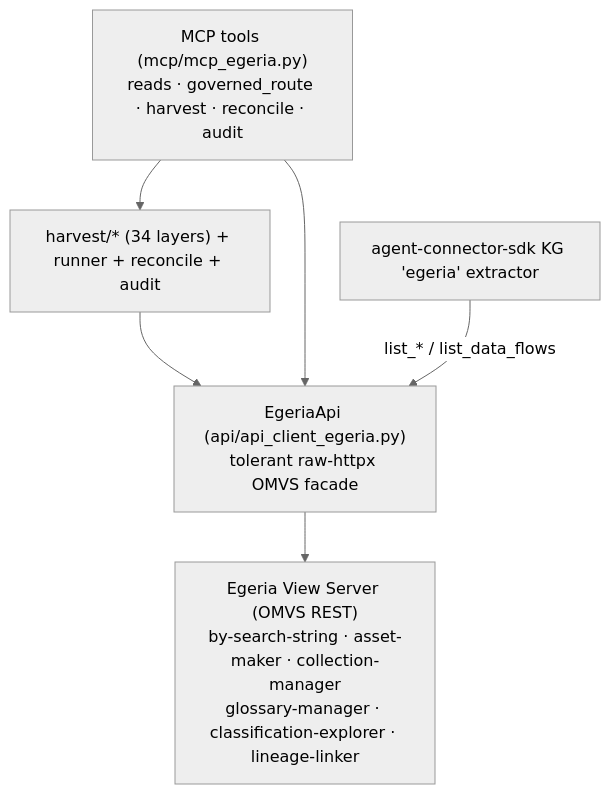
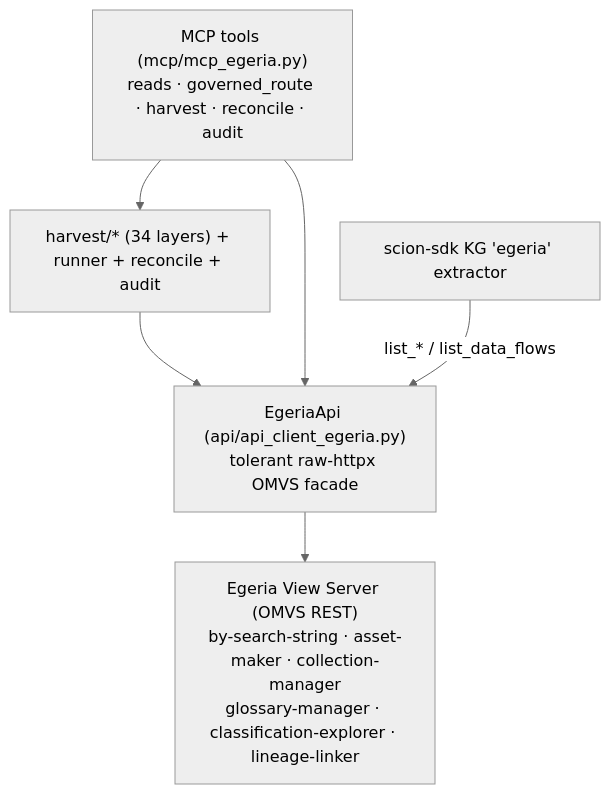
One commit to Knuckles-Team/egeria-mcp changed the second of 4 diagrams in docs/architecture.md. Above: the diagram before and after it, drawn with Mermaid (neutral theme). The commit also changed 68 other files, not shown here.

First line of the commit message:
chore: migrate to scion-sdk 0.6.0 (scion_sdk import package)

````diff
--- a/docs/architecture.md
+++ b/docs/architecture.md
@@ -39,10 +39,10 @@
 ```mermaid
 flowchart TB
     MCP["MCP tools (mcp/mcp_egeria.py)<br/>reads · governed_route · harvest · reconcile · audit"]
     HARV["harvest/* (34 layers) + runner + reconcile + audit"]
     API["EgeriaApi (api/api_client_egeria.py)<br/>tolerant raw-httpx OMVS facade"]
     OMVS["Egeria View Server (OMVS REST)<br/>by-search-string · asset-maker · collection-manager<br/>glossary-manager · classification-explorer · lineage-linker"]
     MCP --> HARV --> API --> OMVS
     MCP --> API
-    EXT["agent-connector-sdk KG 'egeria' extractor"] -->|"list_* / list_data_flows"| API
+    EXT["scion-sdk KG 'egeria' extractor"] -->|"list_* / list_data_flows"| API
 ```
````
